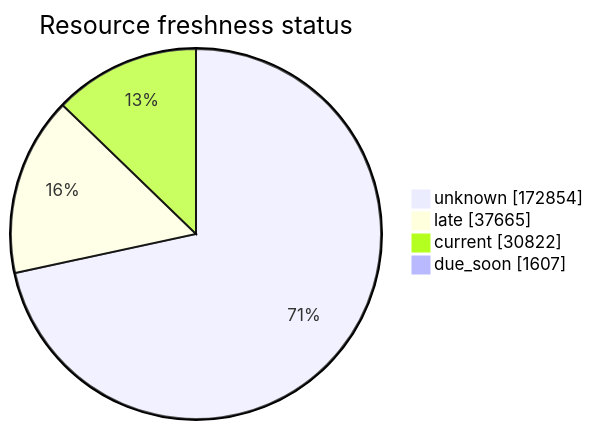
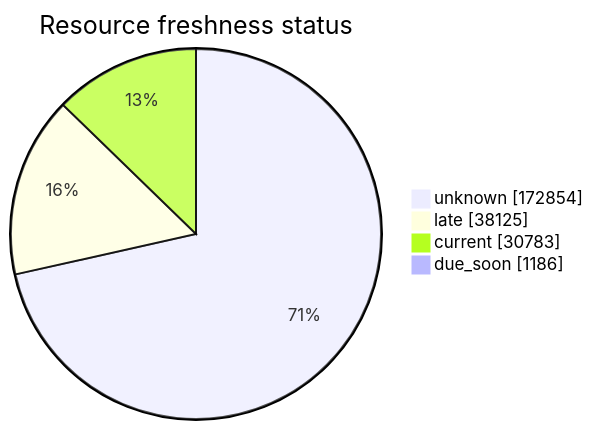
One commit to open-data/analytics-corporate-reporting changed the third of 5 diagrams in FreshCheck/README.md. Above: the diagram before and after it, drawn with Mermaid. The commit also changed other lines of this file and 3 other files, not shown here.

````diff
--- a/FreshCheck/README.md
+++ b/FreshCheck/README.md
@@ -77,7 +77,7 @@
 ```mermaid
 pie showData title Resource freshness status
     "unknown": 172854
-    "late": 37665
-    "current": 30822
-    "due_soon": 1607
+    "late": 38125
+    "current": 30783
+    "due_soon": 1186
 ```
````
